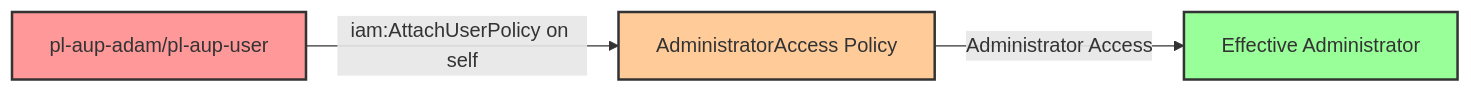
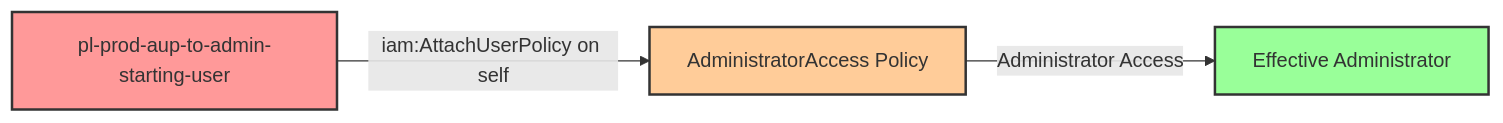
One commit to DataDog/pathfinding-labs changed the diagram in modules/scenarios/single-account/privesc-self-escalation/to-admin/iam-attachuserpolicy/README.md. Above: the diagram before and after it, drawn with Mermaid. The commit also changed other lines of this file and 166 other files, not shown here.

````diff
--- a/modules/scenarios/single-account/privesc-self-escalation/to-admin/iam-attachuserpolicy/README.md
+++ b/modules/scenarios/single-account/privesc-self-escalation/to-admin/iam-attachuserpolicy/README.md
@@ -23,9 +21,9 @@
 ```mermaid
 graph LR
-    A[pl-aup-adam/pl-aup-user] -->|iam:AttachUserPolicy on self| B[AdministratorAccess Policy]
+    A[pl-prod-aup-to-admin-starting-user] -->|iam:AttachUserPolicy on self| B[AdministratorAccess Policy]
     B -->|Administrator Access| C[Effective Administrator]
 
     style A fill:#ff9999,stroke:#333,stroke-width:2px
     style B fill:#ffcc99,stroke:#333,stroke-width:2px
     style C fill:#99ff99,stroke:#333,stroke-width:2px
 ```
````
